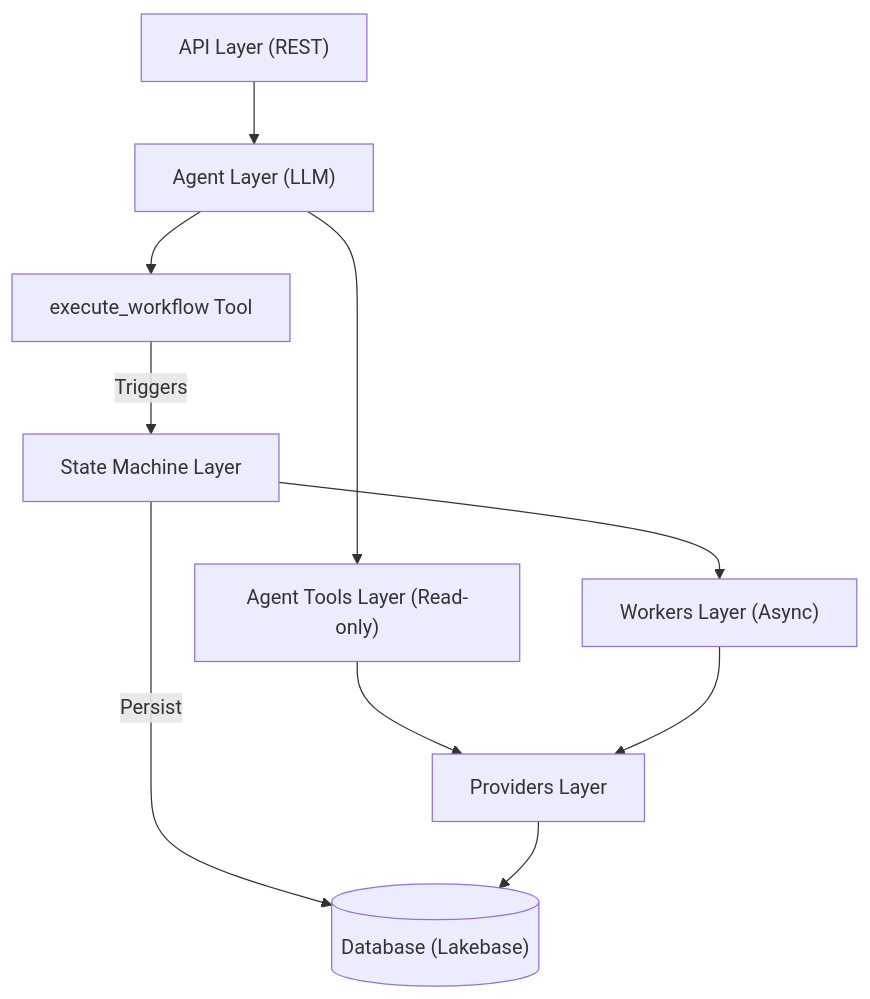
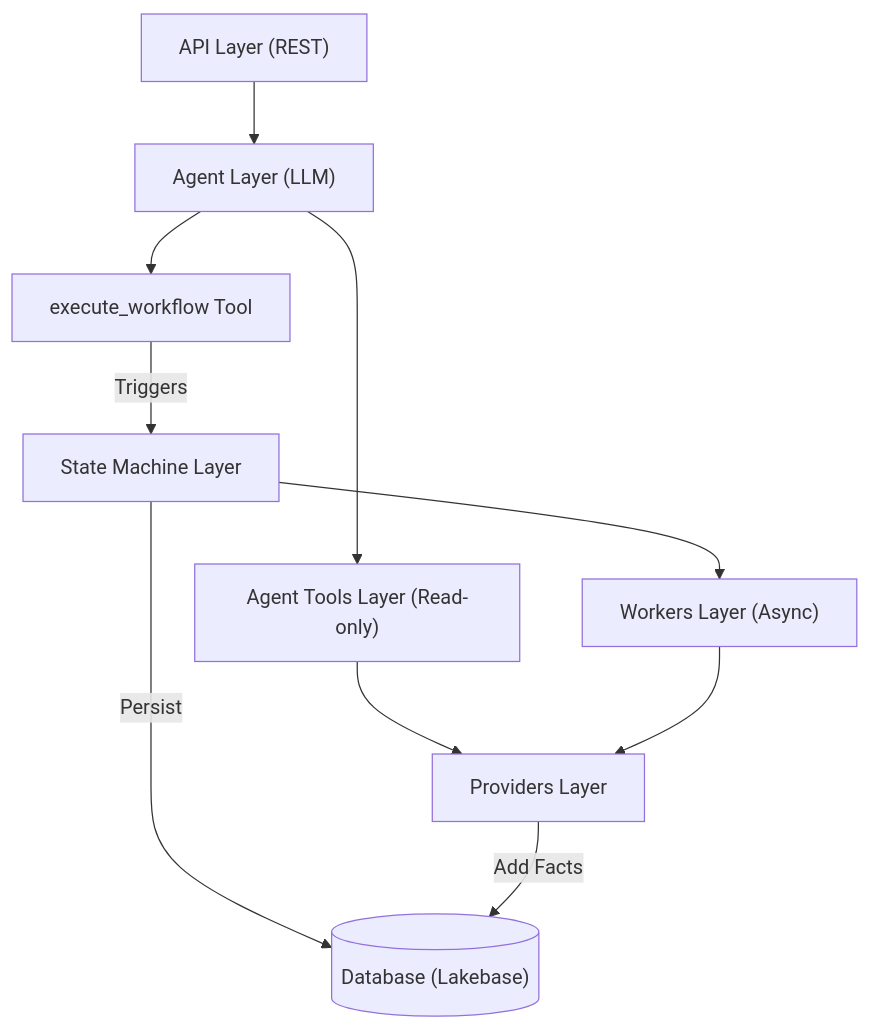
One commit to TaylorAHanson/ssc changed the diagram in backend/ARCHITECTURE.md. Above: the diagram before and after it, drawn with Mermaid. The commit also changed 1 other file, not shown here.

Commit message:
added line label

````diff
--- a/backend/ARCHITECTURE.md
+++ b/backend/ARCHITECTURE.md
@@ -52,26 +52,26 @@
 ```mermaid
 graph TD
     API["API Layer (REST)"]
     Agent["Agent Layer (LLM)"]
     Exec["execute_workflow Tool"]
     SM["State Machine Layer"]
     Workers["Workers Layer (Async)"]
     Tools["Agent Tools Layer (Read-only)"]
     Providers["Providers Layer"]
     DB[("Database (Lakebase)")]
 
     API --> Agent
     
     Agent --> Tools
     Agent --> Exec
     
     Exec -->|Triggers| SM
     
     Tools --> Providers
     
     SM -->|Persist| DB
     SM --> Workers
     Workers --> Providers
     
-    Providers --> DB
+    Providers -->|Add Facts| DB
 ```
````
